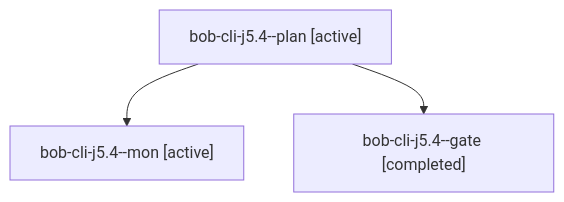
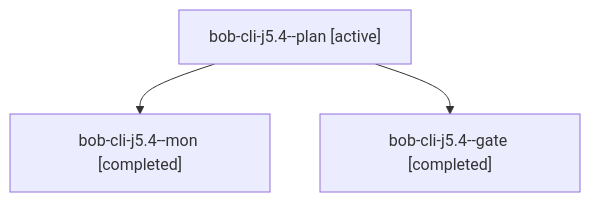
The diagram in sessions/bbugyi200.athena.bob-cli-j5.4.md (bobs-org/bob-cli--agents), drawn with Mermaid before and after one commit. The commit also changed other lines of this file and 85 other files, not shown here.

````diff
--- a/sessions/bbugyi200.athena.bob-cli-j5.4.md
+++ b/sessions/bbugyi200.athena.bob-cli-j5.4.md
@@ -9,8 +9,8 @@
 ```mermaid
 flowchart TD
   n0["bob-cli-j5.4--plan [active]"]
-  n1["bob-cli-j5.4--mon [active]"]
+  n1["bob-cli-j5.4--mon [completed]"]
   n0 --> n1
   n2["bob-cli-j5.4--gate [completed]"]
   n0 --> n2
 ```
````
